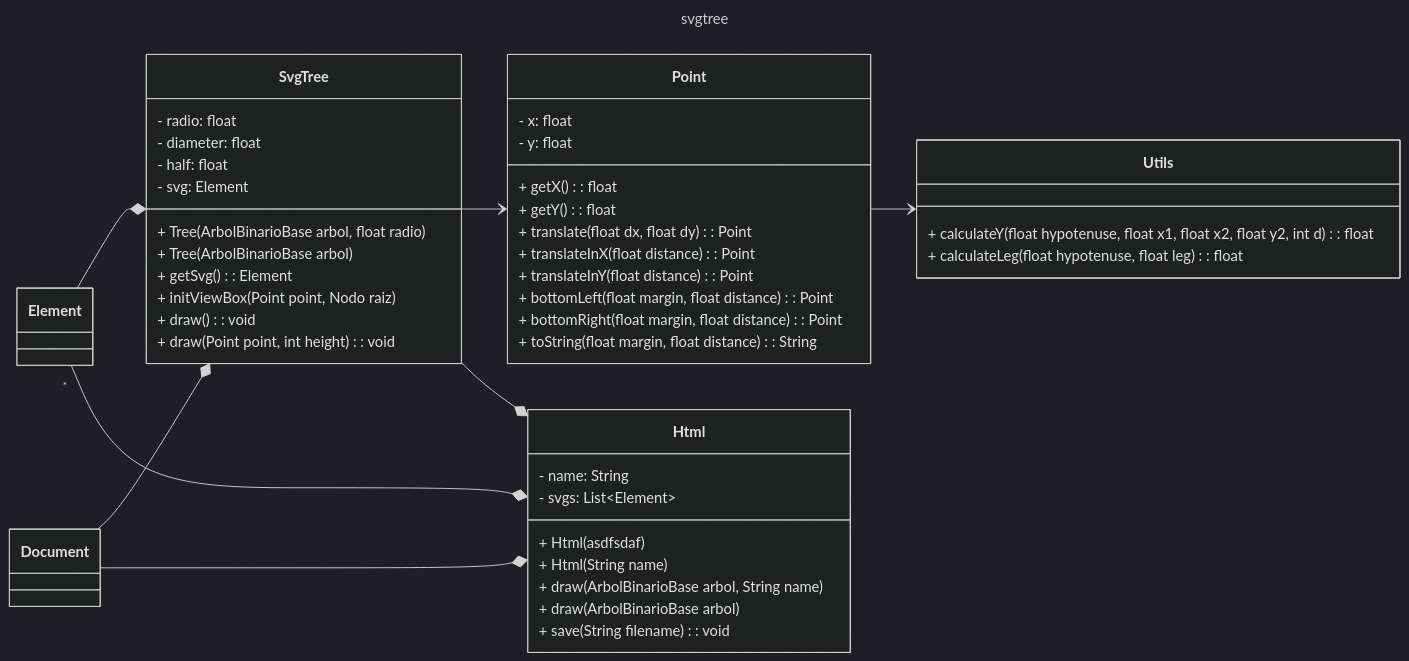
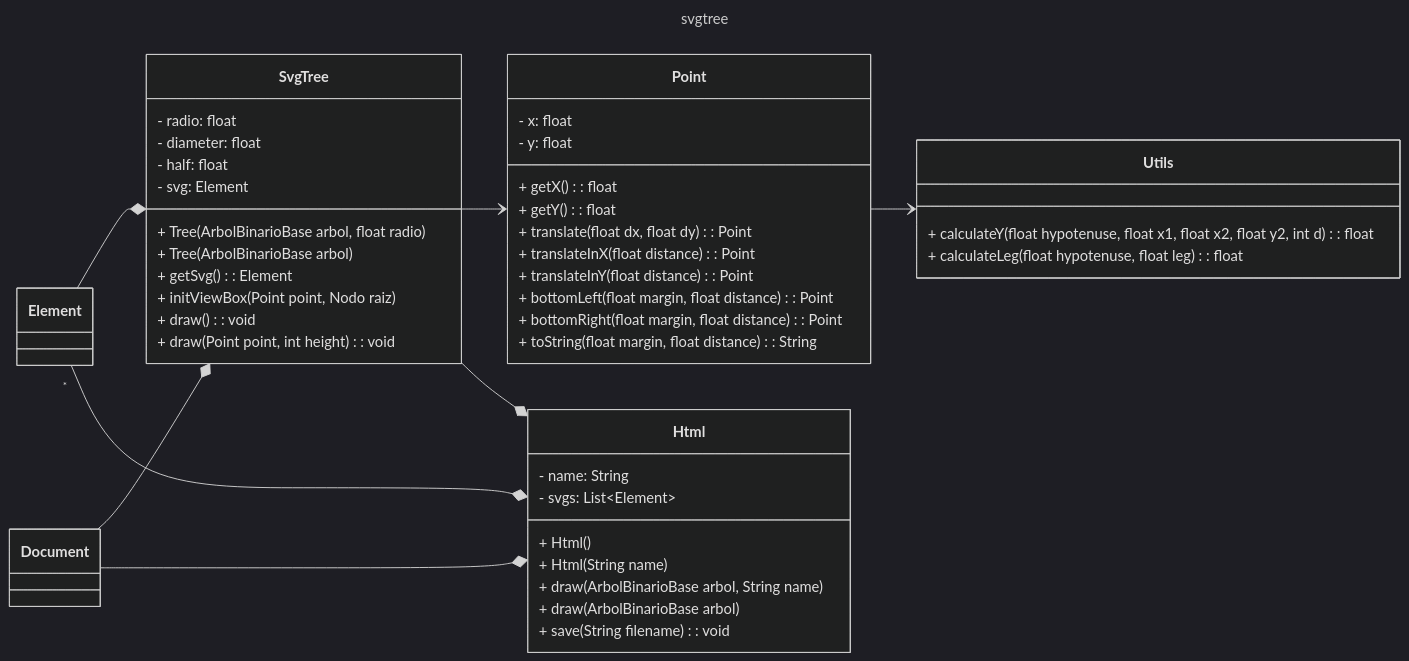
Before and after one commit to isbrqu/svg-tree: the diagram in doc/class-diagram.mmd, drawn with Mermaid.

Commit message:
uml: agrega el constructor vacio

```diff
--- a/doc/class-diagram.mmd
+++ b/doc/class-diagram.mmd
@@ -1,52 +1,52 @@
 ---
 title: svgtree
 ---
 
 %%{ init: { "theme": "dark" } }%%
 
 classDiagram
     direction LR
         SvgTree --> Point
         SvgTree --* Html
         Element --* SvgTree
         Document --* SvgTree
         Point --> Utils
         Document --* Html
         Element "*" --* Html
         class Html {
             - name: String
             - svgs: List~Element~
-            + Html(asdfsdaf)
+            + Html()
             + Html(String name)
             + draw(ArbolBinarioBase arbol, String name)
             + draw(ArbolBinarioBase arbol)
             + save(String filename): void
         }
         class SvgTree {
             - radio: float
             - diameter: float
             - half: float
             - svg: Element
             + Tree(ArbolBinarioBase arbol, float radio)
             + Tree(ArbolBinarioBase arbol)
             + getSvg(): Element
             + initViewBox(Point point, Nodo raiz)
             + draw(): void
             + draw(Point point, int height): void
         }
         class Point {
             - x: float
             - y: float
             + getX(): float
             + getY(): float
             + translate(float dx, float dy): Point
             + translateInX(float distance): Point
             + translateInY(float distance): Point
             + bottomLeft(float margin, float distance): Point
             + bottomRight(float margin, float distance): Point
             + toString(float margin, float distance): String
         }
         class Utils {
             + calculateY(float hypotenuse, float x1, float x2, float y2, int d): float
             + calculateLeg(float hypotenuse, float leg): float
         }
```
